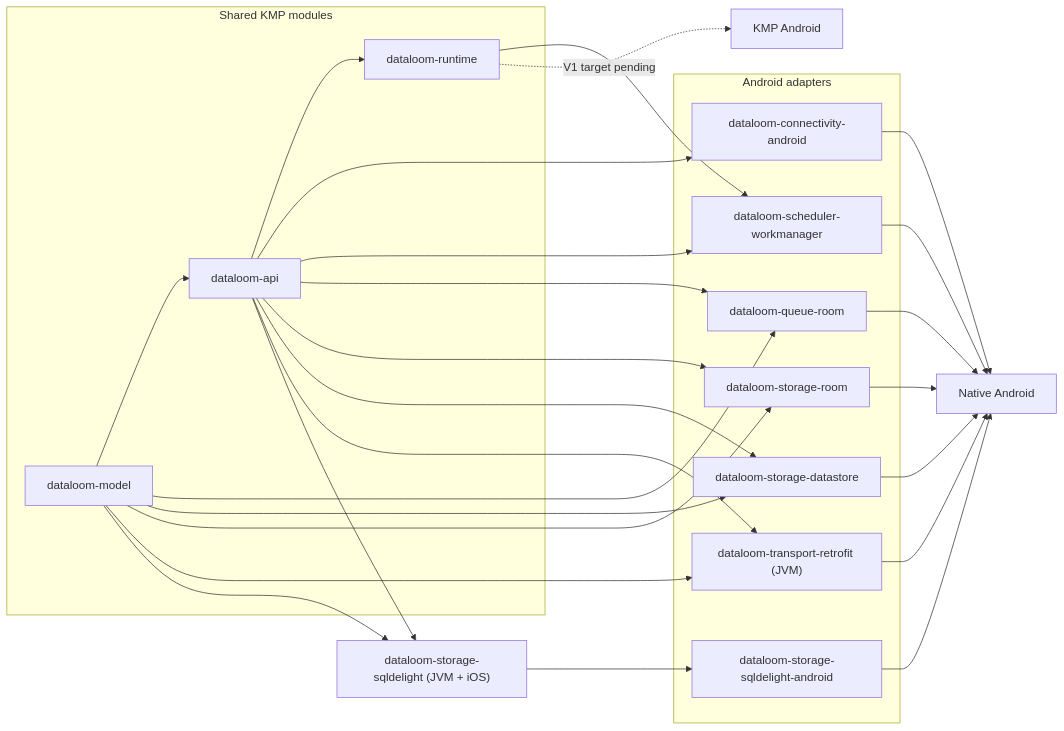
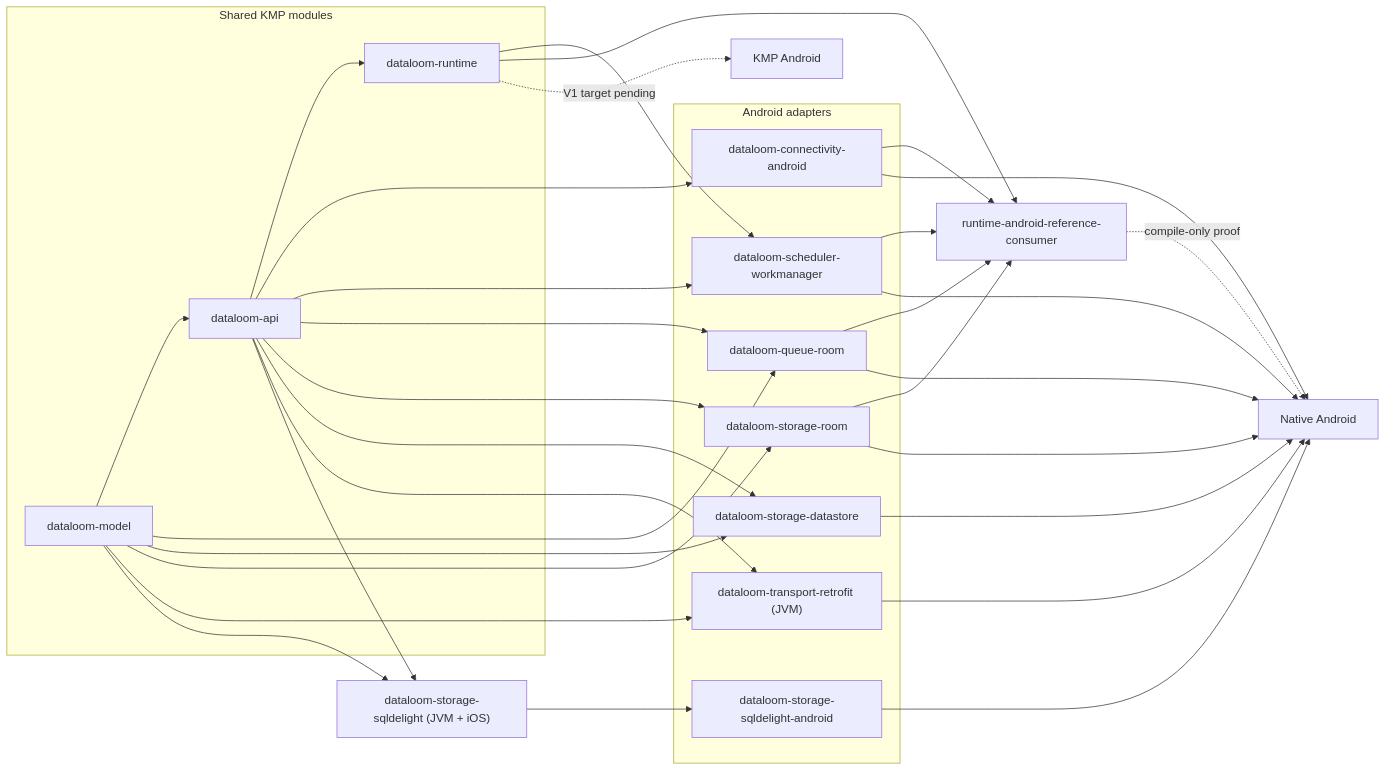
The diagram in docs/android/README.md (dataloom-sdk/dataloom), drawn with Mermaid before and after one commit. The commit also changed other lines of this file and 5 other files, not shown here.

````diff
--- a/docs/android/README.md
+++ b/docs/android/README.md
@@ -42,47 +43,56 @@
 ```mermaid
 flowchart LR
     subgraph sharedModules["Shared KMP modules"]
         model["dataloom-model"]
         api["dataloom-api"]
         runtime["dataloom-runtime"]
         model --> api
         api --> runtime
     end
 
     subgraph androidAdapters["Android adapters"]
         connectivity["dataloom-connectivity-android"]
         scheduler["dataloom-scheduler-workmanager"]
         persistence["dataloom-queue-room"]
         storage["dataloom-storage-room"]
         datastoreStorage["dataloom-storage-datastore"]
         retrofitTransport["dataloom-transport-retrofit (JVM)"]
         sqldelightAndroid["dataloom-storage-sqldelight-android"]
     end
 
     sqldelight["dataloom-storage-sqldelight (JVM + iOS)"]
 
     model --> persistence
     model --> datastoreStorage
     model --> storage
     model --> retrofitTransport
     model --> sqldelight
     api --> connectivity
     api --> scheduler
     api --> persistence
     api --> storage
     api --> datastoreStorage
     api --> retrofitTransport
     api --> sqldelight
     sqldelight --> sqldelightAndroid
     runtime --> scheduler
 
+    referenceConsumer["runtime-android-reference-consumer"]
+
+    connectivity --> referenceConsumer
+    scheduler --> referenceConsumer
+    persistence --> referenceConsumer
+    storage --> referenceConsumer
+    runtime --> referenceConsumer
+
     connectivity --> nativeApp["Native Android"]
     scheduler --> nativeApp
     persistence --> nativeApp
     storage --> nativeApp
     datastoreStorage --> nativeApp
     retrofitTransport --> nativeApp
     sqldelightAndroid --> nativeApp
+    referenceConsumer -.->|"compile-only proof"| nativeApp
 
     runtime -.->|"V1 target pending"| kmpApp["KMP Android"]
 ```
````
